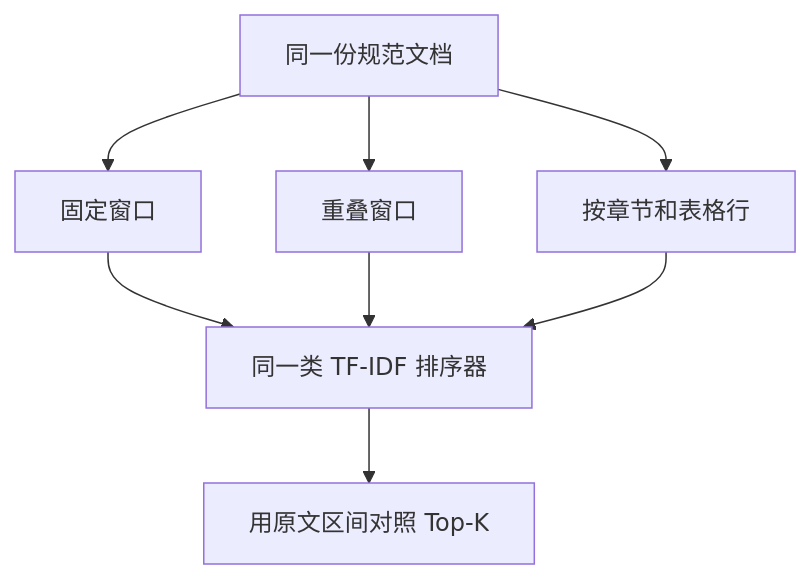
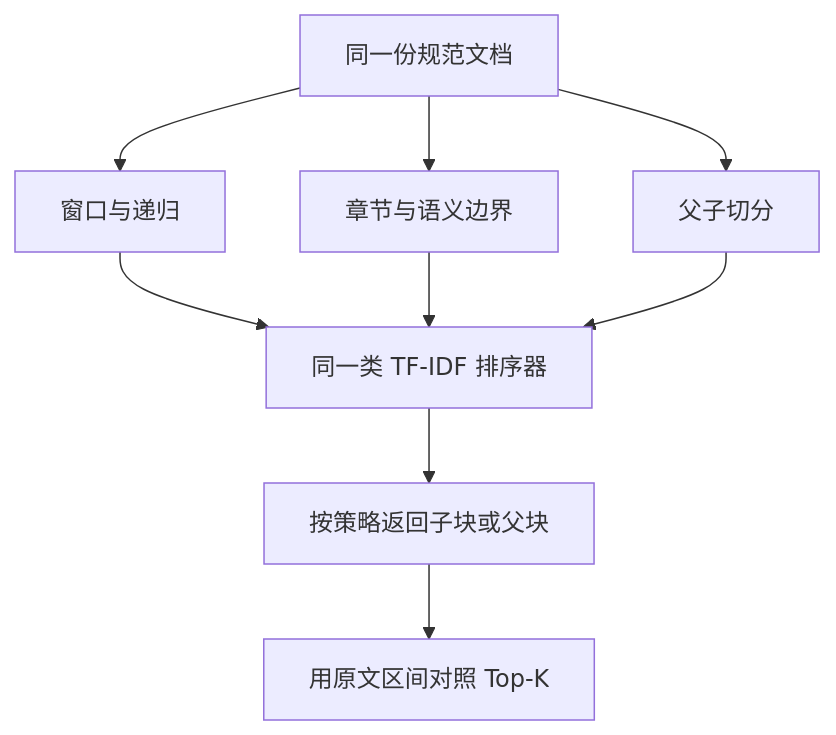
Before and after one commit to xinfengwang/xinfengwang.github.io: the first of 2 diagrams in _posts/2026-11-19-rag-chunking.md, drawn with Mermaid. The commit also changed other lines of this file and 10 other files, not shown here.

````diff
--- a/_posts/2026-11-19-rag-chunking.md
+++ b/_posts/2026-11-19-rag-chunking.md
@@ -53,10 +59,11 @@
 ```mermaid
 flowchart TB
-  A["同一份规范文档"] --> B["固定窗口"]
-  A --> C["重叠窗口"]
-  A --> D["按章节和表格行"]
+  A["同一份规范文档"] --> B["窗口与递归"]
+  A --> C["章节与语义边界"]
+  A --> D["父子切分"]
   B --> E["同一类 TF-IDF 排序器"]
   C --> E
   D --> E
-  E --> F["用原文区间对照 Top-K"]
+  E --> G["按策略返回子块或父块"]
+  G --> F["用原文区间对照 Top-K"]
 ```
````
